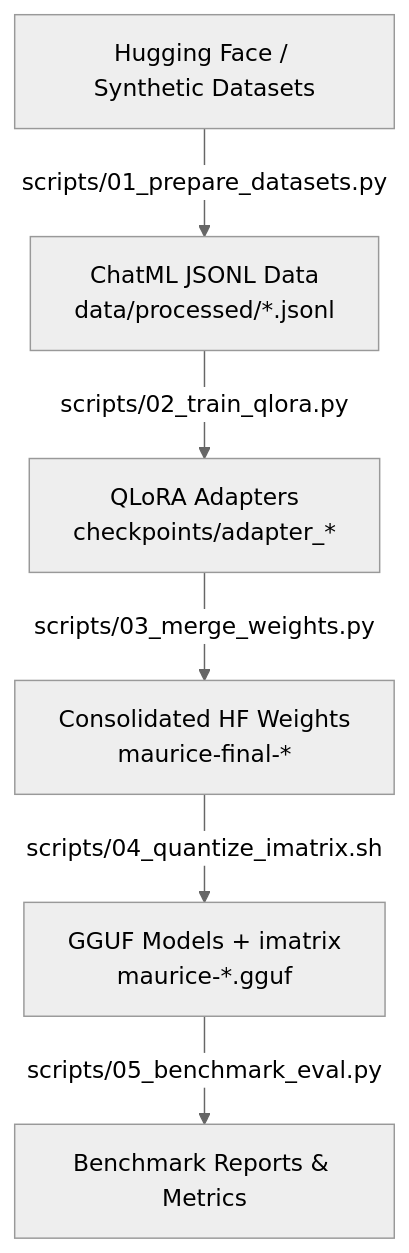
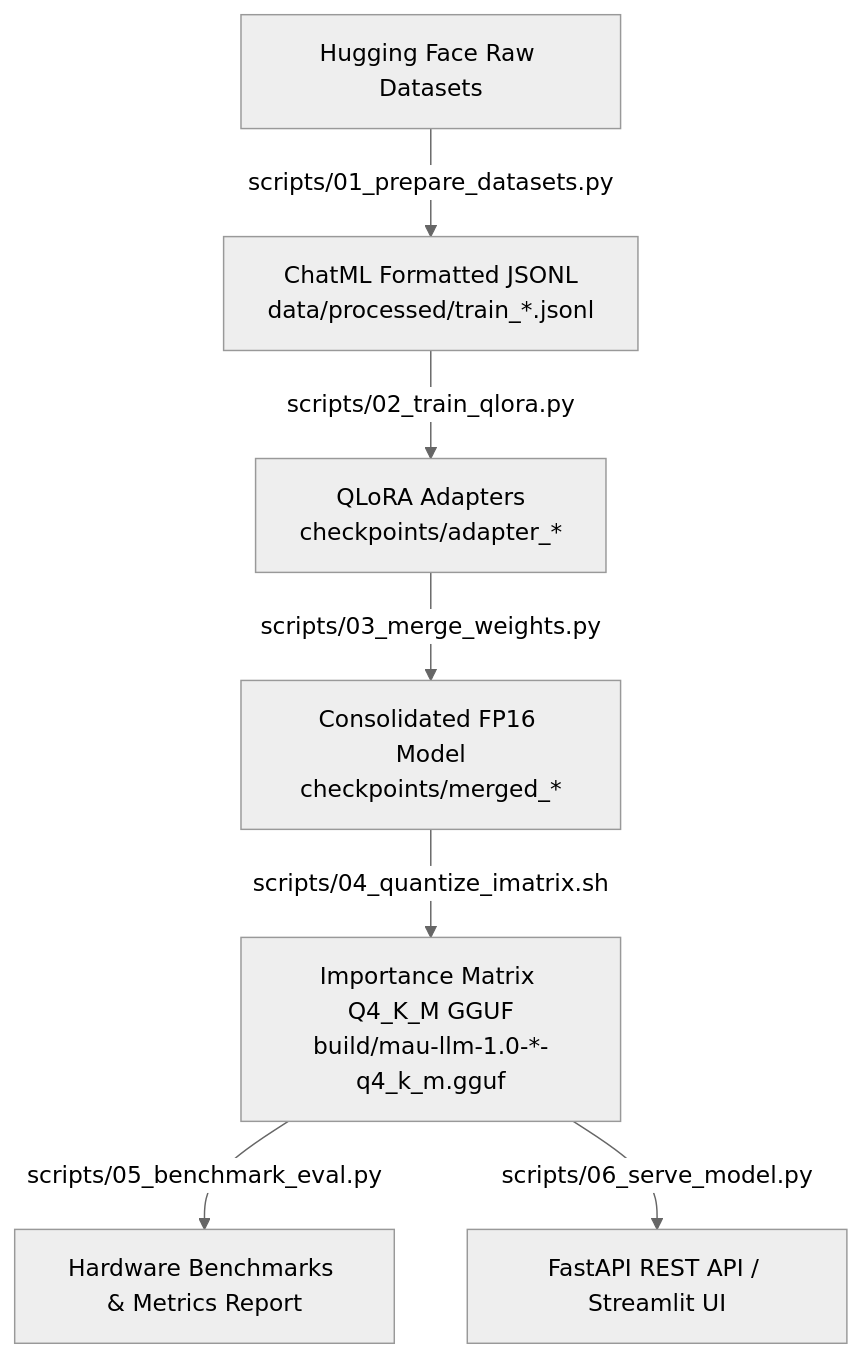
Before and after one commit to Helfstein-one/MAURICE: the first of 2 diagrams in README.md, drawn with Mermaid (neutral theme). The commit also changed other lines of this file and 4 other files, not shown here.

First line of the commit message:
doc: enhance README documentation with extensive model info and SVG diagrams

````diff
--- a/README.md
+++ b/README.md
@@ -42,8 +98,9 @@
 ```mermaid
 flowchart TD
-    A[Hugging Face / Synthetic Datasets] -->|scripts/01_prepare_datasets.py| B[ChatML JSONL Data\ndata/processed/*.jsonl]
+    A[Hugging Face Raw Datasets] -->|scripts/01_prepare_datasets.py| B[ChatML Formatted JSONL\ndata/processed/train_*.jsonl]
     B -->|scripts/02_train_qlora.py| C[QLoRA Adapters\ncheckpoints/adapter_*]
-    C -->|scripts/03_merge_weights.py| D[Consolidated HF Weights\nmaurice-final-*]
-    D -->|scripts/04_quantize_imatrix.sh| E[GGUF Models + imatrix\nmaurice-*.gguf]
-    E -->|scripts/05_benchmark_eval.py| F[Benchmark Reports & Metrics]
+    C -->|scripts/03_merge_weights.py| D[Consolidated FP16 Model\ncheckpoints/merged_*]
+    D -->|scripts/04_quantize_imatrix.sh| E[Importance Matrix Q4_K_M GGUF\nbuild/mau-llm-1.0-*-q4_k_m.gguf]
+    E -->|scripts/05_benchmark_eval.py| F[Hardware Benchmarks & Metrics Report]
+    E -->|scripts/06_serve_model.py| G[FastAPI REST API / Streamlit UI]
 ```
````
